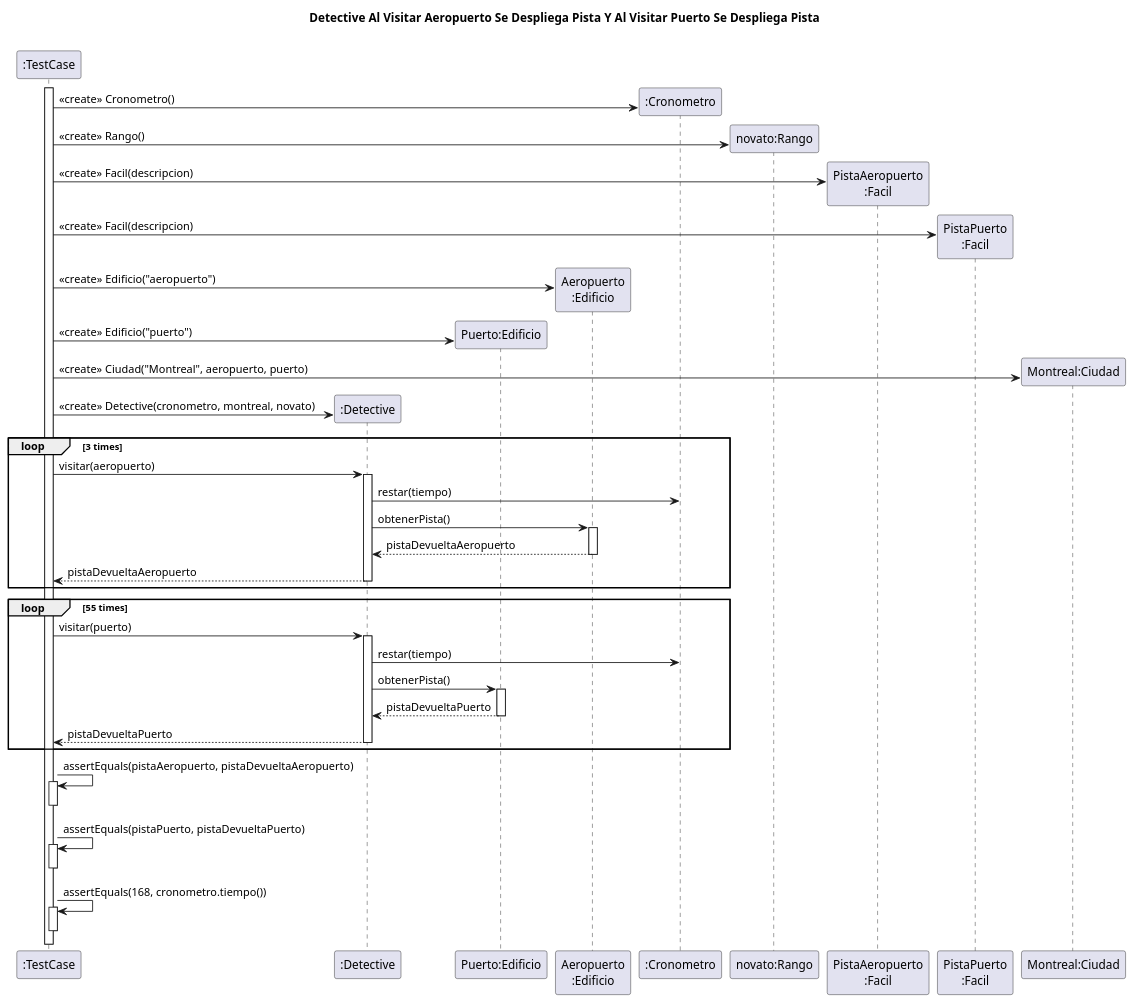
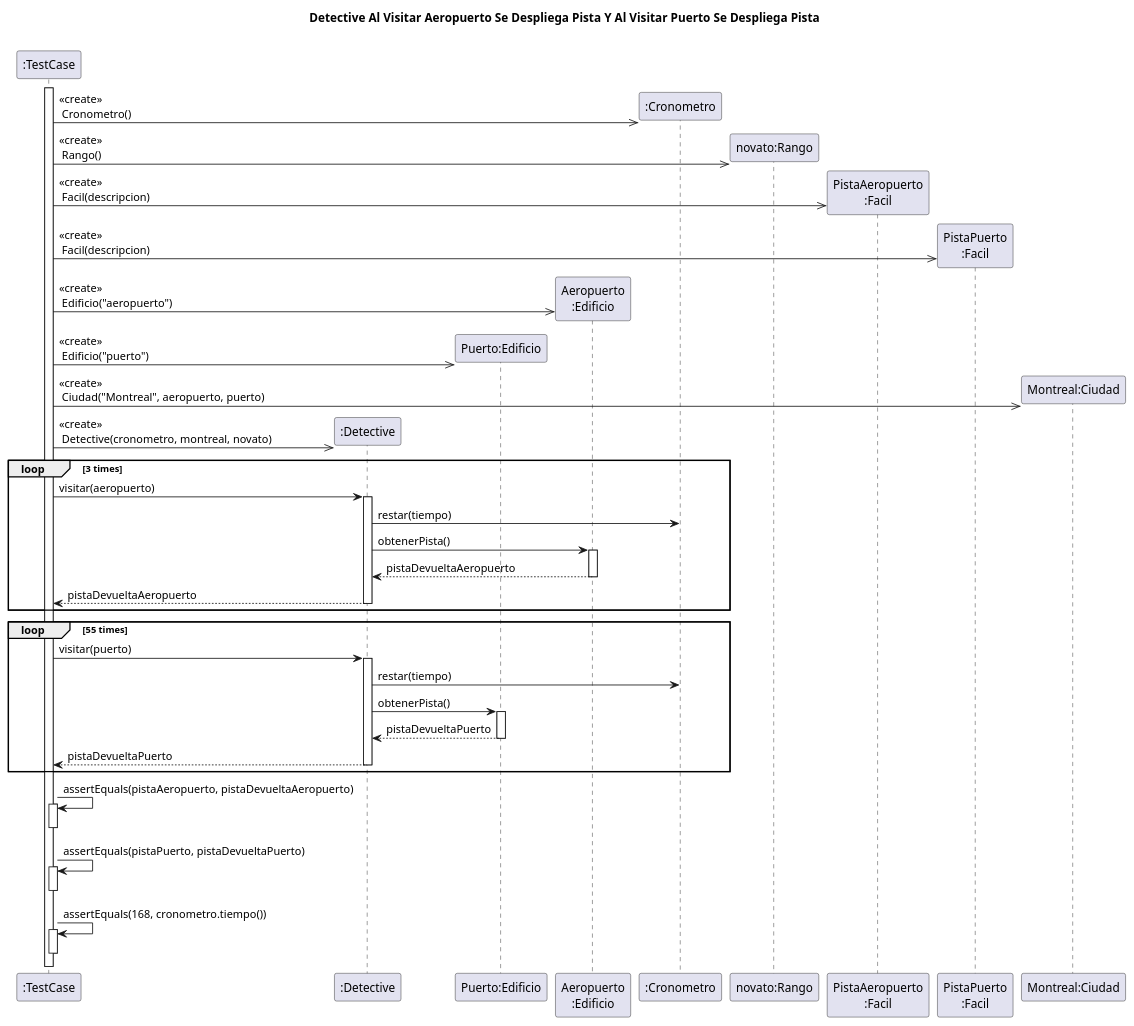
The diagram in diagrams/sequences/secuencia_testcase04.plantuml (MegaRedHand/algo-thief), drawn with PlantUML before and after one commit. The commit also changed 10 other files, not shown here.

```diff
--- a/diagrams/sequences/secuencia_testcase04.plantuml
+++ b/diagrams/sequences/secuencia_testcase04.plantuml
@@ -1,67 +1,67 @@
 @startuml
 
 title "Detective Al Visitar Aeropuerto Se Despliega Pista Y Al Visitar Puerto Se Despliega Pista"
 
 participant ":TestCase" as testcase
 participant ":Detective" as detective
 participant "Puerto:Edificio" as puerto
 participant "Aeropuerto\n:Edificio" as aeropuerto
 participant ":Cronometro" as crono
 participant "novato:Rango" as rango
 participant "PistaAeropuerto\n:Facil" as pistaAeropuerto
 participant "PistaPuerto\n:Facil" as pistaPuerto
 participant "Montreal:Ciudad" as ciudad
 
 activate testcase
 create crono
-testcase -> crono: <<create>> Cronometro()
+testcase ->> crono: <<create>>\n Cronometro()
 create rango
-testcase -> rango: <<create>> Rango()
+testcase ->> rango: <<create>>\n Rango()
 create pistaAeropuerto
-testcase -> pistaAeropuerto: <<create>> Facil(descripcion)
+testcase ->> pistaAeropuerto: <<create>>\n Facil(descripcion)
 create pistaPuerto
-testcase -> pistaPuerto: <<create>> Facil(descripcion)
+testcase ->> pistaPuerto: <<create>>\n Facil(descripcion)
 create aeropuerto
-testcase -> aeropuerto: <<create>> Edificio("aeropuerto")
+testcase ->> aeropuerto: <<create>>\n Edificio("aeropuerto")
 create puerto
-testcase -> puerto: <<create>> Edificio("puerto")
+testcase ->> puerto: <<create>>\n Edificio("puerto")
 create ciudad
-testcase -> ciudad: <<create>> Ciudad("Montreal", aeropuerto, puerto)
+testcase ->> ciudad: <<create>>\n Ciudad("Montreal", aeropuerto, puerto)
 create detective
-testcase -> detective: <<create>> Detective(cronometro, montreal, novato)
+testcase ->> detective: <<create>>\n Detective(cronometro, montreal, novato)
 
 
 loop 3 times
     testcase -> detective: visitar(aeropuerto)
         activate detective
         detective -> crono: restar(tiempo)
         detective -> aeropuerto: obtenerPista()
             activate aeropuerto
             return pistaDevueltaAeropuerto
         return pistaDevueltaAeropuerto
 end
 
 loop 55 times
     testcase -> detective: visitar(puerto)
         activate detective
         detective -> crono: restar(tiempo)
         detective -> puerto: obtenerPista()
             activate puerto
             return pistaDevueltaPuerto
         return pistaDevueltaPuerto
 end
 
 
 testcase -> testcase: assertEquals(pistaAeropuerto, pistaDevueltaAeropuerto)
 activate testcase
 deactivate testcase
 
 testcase -> testcase: assertEquals(pistaPuerto, pistaDevueltaPuerto)
 activate testcase
 deactivate testcase
 
 testcase-> testcase: assertEquals(168, cronometro.tiempo())
 activate testcase
 deactivate testcase
 
 @enduml
```
